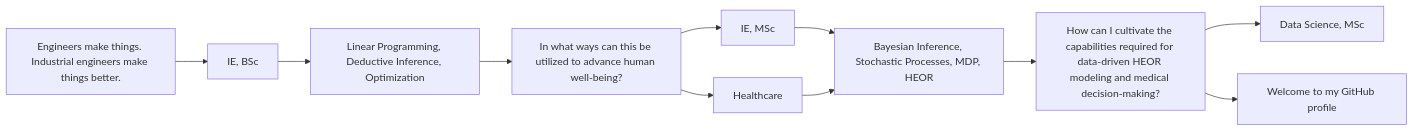
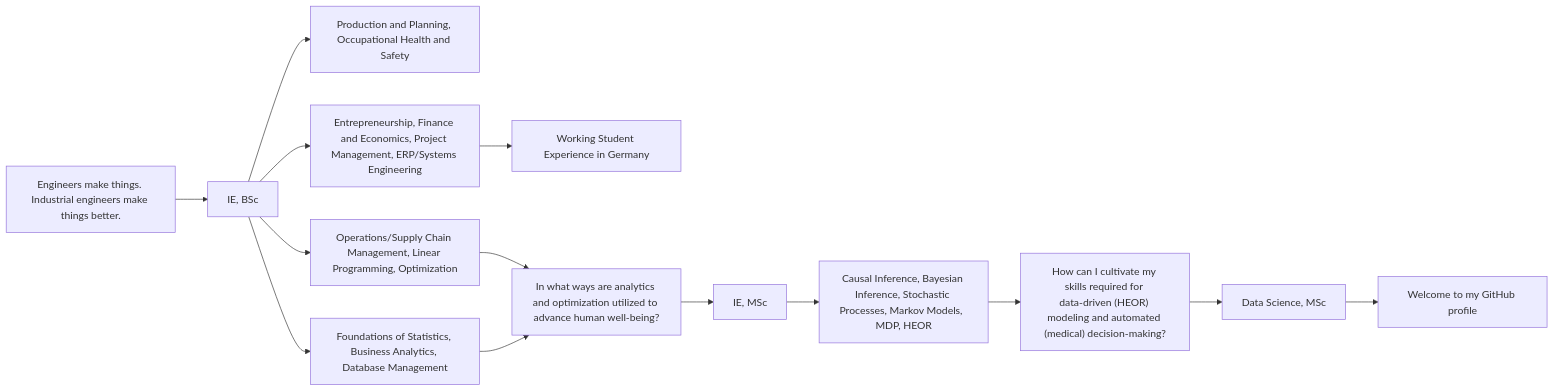
One commit to eminsin/eminsin changed the diagram in README.md. Above: the diagram before and after it, drawn with Mermaid. The commit also changed other lines of this file, not shown here.

````diff
--- a/README.md
+++ b/README.md
@@ -54,13 +55,16 @@
 ```mermaid
 graph LR
     A["Engineers make things. Industrial engineers make things better."] --> B["IE, BSc"];
-    B --> C["Linear Programming, Deductive Inference, Optimization"];
-    C --> D["In what ways can this be utilized to advance human well‑being?"];
-    D --> E["Healthcare"];
-    D --> F["IE, MSc"];
-    F --> G["Bayesian Inference, Stochastic Processes, MDP, HEOR"];
+    B --> C["Production and Planning, Occupational Health and Safety"];
+    B --> D["Entrepreneurship, Finance and Economics, Project Management, ERP/Systems Engineering"];
+    D --> M["Working Student Experience in Germany"]
+    B --> E["Foundations of Statistics, Business Analytics, Database Management"];
+    B --> F["Operations/Supply Chain Management, Linear Programming, Optimization"];
+    F --> G["In what ways are analytics and optimization utilized to advance human well‑being?"];
     E --> G;
-    G --> H["How can I cultivate the capabilities required for data‑driven HEOR modeling and medical decision‑making?"];
-    H --> I["Data Science, MSc"];
-    H --> J["Welcome to my GitHub profile"];
+    G --> H["IE, MSc"];
+    H --> I["Causal Inference, Bayesian Inference, Stochastic Processes, Markov Models,  MDP, HEOR"];
+    I --> J["How can I cultivate my skills required for data‑driven (HEOR) modeling and automated (medical) decision‑making?"];
+    J --> K["Data Science, MSc"];
+    K --> L["Welcome to my GitHub profile"];
 ```
````
